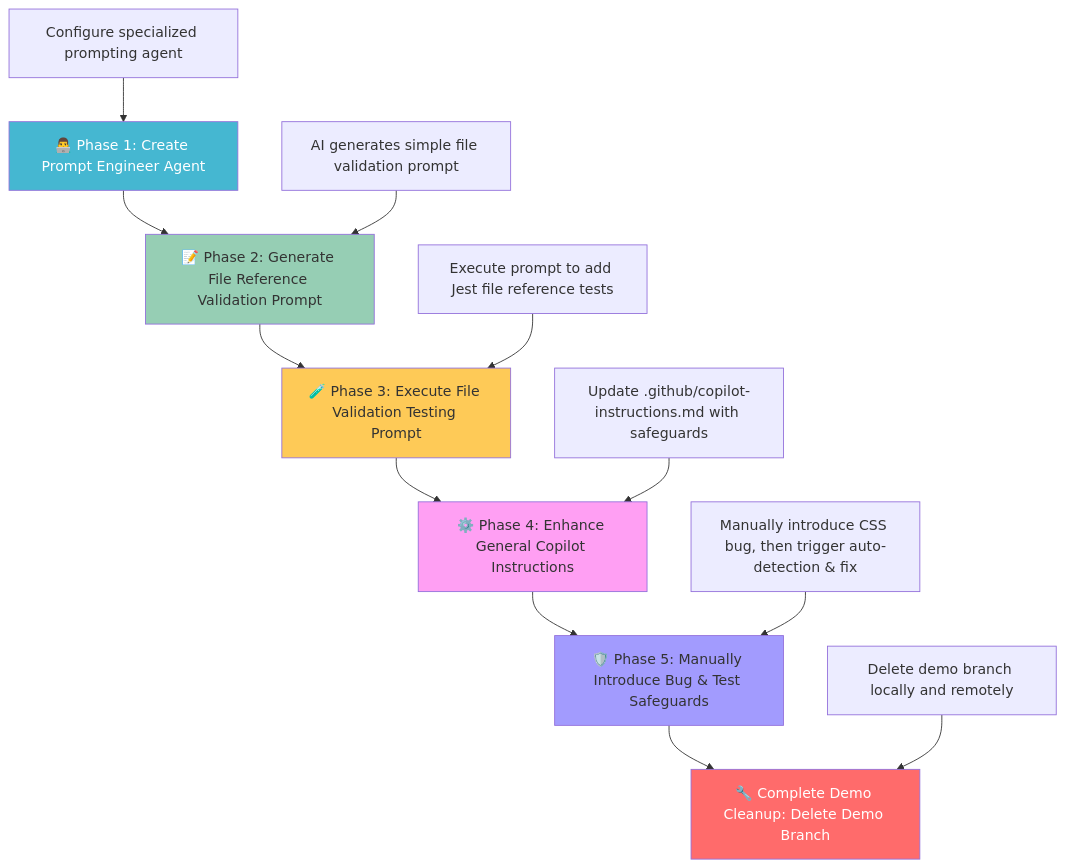
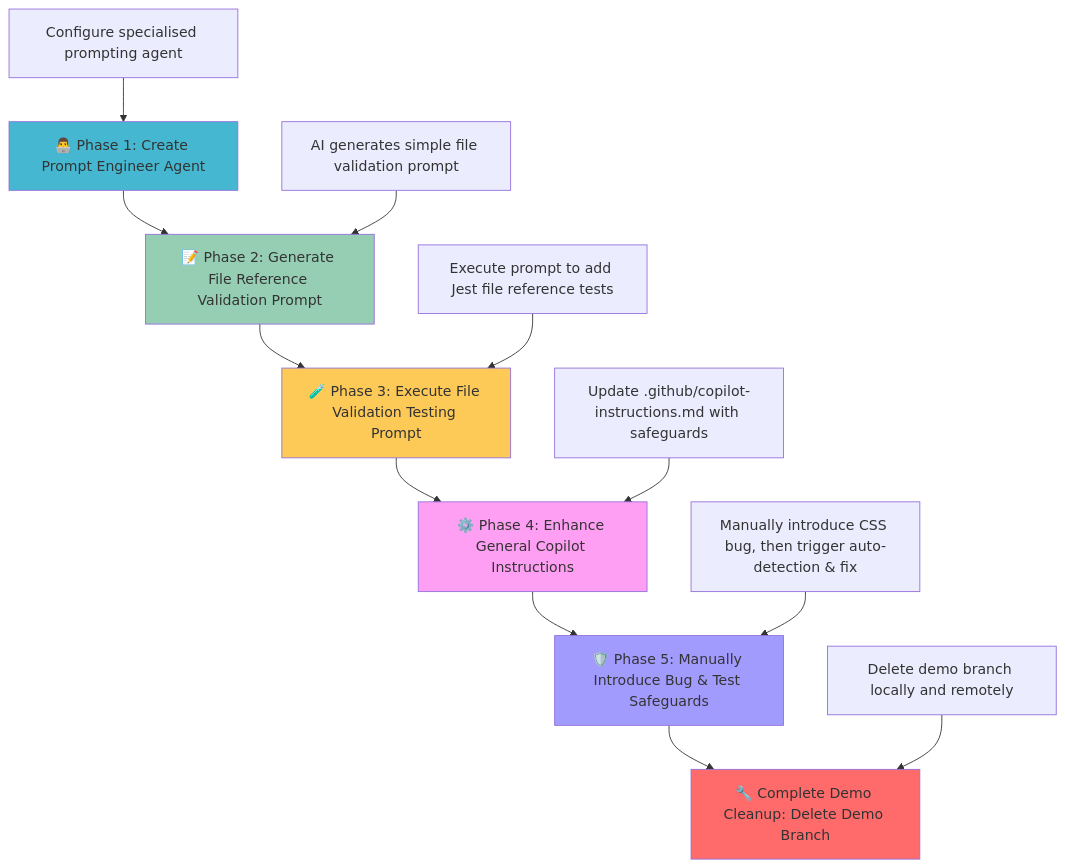
The fourth of 4 diagrams in README.md (david-pizzi-cg/github-ai-workflow-demo), drawn with Mermaid before and after one commit. The commit also changed other lines of this file, not shown here.

````diff
--- a/README.md
+++ b/README.md
@@ -649,23 +652,23 @@
 ```mermaid
 graph TD
     A[👨‍💻 Phase 1: Create Prompt Engineer Agent]
     A --> B[📝 Phase 2: Generate File Reference Validation Prompt]
     B --> C[🧪 Phase 3: Execute File Validation Testing Prompt]
     C --> D[⚙️ Phase 4: Enhance General Copilot Instructions]
     D --> E[🛡️ Phase 5: Manually Introduce Bug & Test Safeguards]
     E --> F[🔧 Complete Demo Cleanup: Delete Demo Branch]
     
-    A1["Configure specialized prompting agent"] --> A
+    A1["Configure specialised prompting agent"] --> A
     B1["AI generates simple file validation prompt"] --> B
     C1["Execute prompt to add Jest file reference tests"] --> C
     D1["Update .github/copilot-instructions.md with safeguards"] --> D
     E1["Manually introduce CSS bug, then trigger auto-detection & fix"] --> E
     F1["Delete demo branch locally and remotely"] --> F
     
-    style A fill:#45b7d1,color:#fff
+    style A fill:#45b7d1,colour:#fff
     style B fill:#96ceb4
     style C fill:#feca57
     style D fill:#ff9ff3
     style E fill:#a29bfe
-    style F fill:#ff6b6b,color:#fff
+    style F fill:#ff6b6b,colour:#fff
 ```
````
